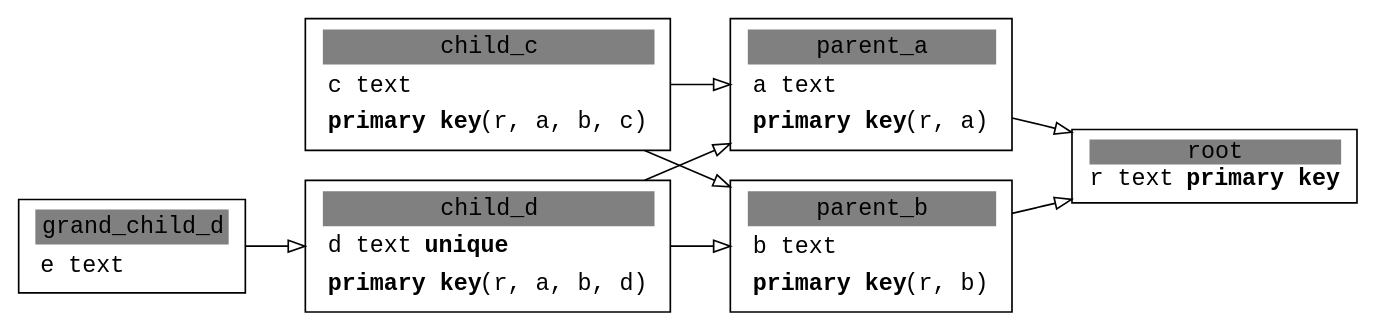
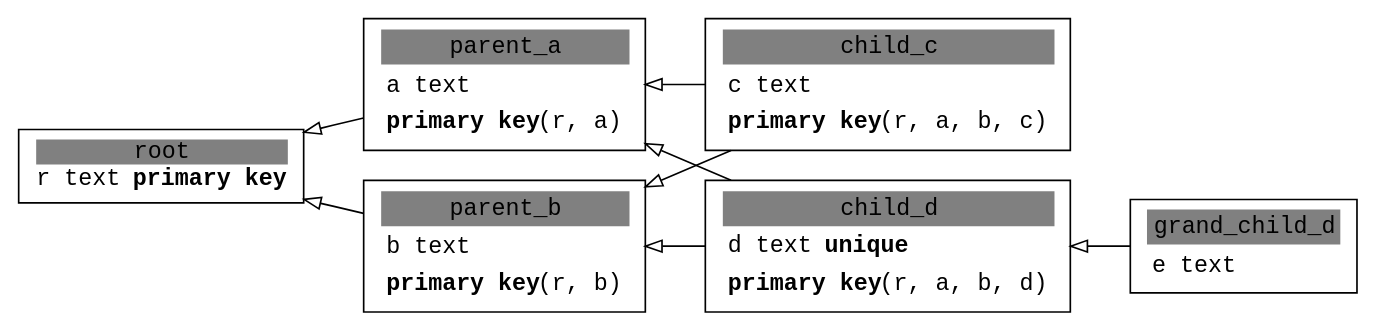
Before and after one commit to collorg/oopg: the diagram in datastruct.gv, drawn with Graphviz. The commit also changed 1 other file, not shown here.

Commit message:
Rankdir left to right.

```diff
--- a/datastruct.gv
+++ b/datastruct.gv
@@ -1,18 +1,18 @@
 ##Command to get the layout: "dot -Tpng datastruct.gv > datastruct.png"
 digraph g {
-  graph [fontsize=30 labelloc="t" label="" splines=true overlap=false rankdir = "LR"];
+  graph [fontsize=30 labelloc="t" label="" splines=true overlap=false rankdir = "RL"];
   ratio = auto;
   "root" [ style = "filled" penwidth = 1 fillcolor = "white" fontname = "Courier New" shape = "box" label =<<table border="0" cellborder="0" cellpadding="0" bgcolor="white"><tr><td bgcolor="grey" align="center" colspan="2"><font color="black">root</font></td></tr><tr><td align="left" port="r0">r text <b>primary key</b></td></tr></table>> ];
   "parent_a" [ style = "filled" penwidth = 1 fillcolor = "white" fontname = "Courier New" shape = "box" label =<<table border="0" cellborder="0" cellpadding="3" bgcolor="white"><tr><td bgcolor="grey" align="center" colspan="2"><font color="black">parent_a</font></td></tr><tr><td align="left" port="r3">a text</td></tr><tr><td align="left" port="r3"><b>primary key</b>(r, a)</td></tr></table>> ];
   "parent_b" [ style = "filled" penwidth = 1 fillcolor = "white" fontname = "Courier New" shape = "box" label =<<table border="0" cellborder="0" cellpadding="3" bgcolor="white"><tr><td bgcolor="grey" align="center" colspan="2"><font color="black">parent_b</font></td></tr><tr><td align="left" port="r3">b text</td></tr><tr><td align="left" port="r3"><b>primary key</b>(r, b)</td></tr></table>> ];
   "child_c" [ style = "filled" penwidth = 1 fillcolor = "white" fontname = "Courier New" shape = "box" label =<<table border="0" cellborder="0" cellpadding="3" bgcolor="white"><tr><td bgcolor="grey" align="center" colspan="2"><font color="black">child_c</font></td></tr><tr><td align="left" port="r3">c text</td></tr><tr><td align="left" port="r3"><b>primary key</b>(r, a, b, c)</td></tr></table>> ];
   "child_d" [ style = "filled" penwidth = 1 fillcolor = "white" fontname = "Courier New" shape = "box" label =<<table border="0" cellborder="0" cellpadding="3" bgcolor="white"><tr><td bgcolor="grey" align="center" colspan="2"><font color="black">child_d</font></td></tr><tr><td align="left" port="r3">d text <b>unique</b></td></tr><tr><td align="left" port="r3"><b>primary key</b>(r, a, b, d)</td></tr></table>> ];
   "grand_child_d" [ style = "filled" penwidth = 1 fillcolor = "white" fontname = "Courier New" shape = "box" label =<<table border="0" cellborder="0" cellpadding="3" bgcolor="white"><tr><td bgcolor="grey" align="center" colspan="2"><font color="black">grand_child_d</font></td></tr><tr><td align="left" port="r3">e text</td></tr></table>> ];
   parent_a -> root [ arrowhead = "onormal" ];
   parent_b -> root [ arrowhead = "onormal" ];
   child_c -> parent_a [ arrowhead = "onormal" ];
   child_c -> parent_b [ arrowhead = "onormal" ];
   child_d -> parent_a [ arrowhead = "onormal" ];
   child_d -> parent_b [ arrowhead = "onormal" ];
   grand_child_d -> child_d [ arrowhead = "onormal" ];
 }
```
